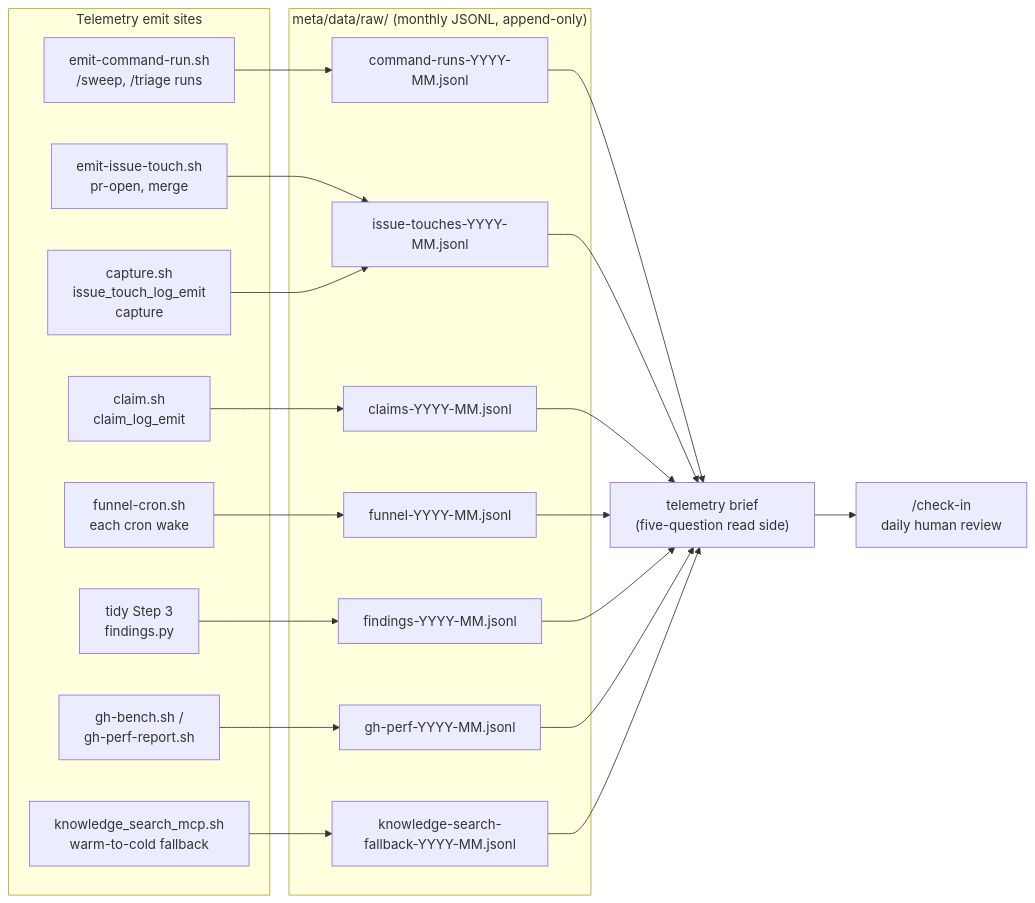
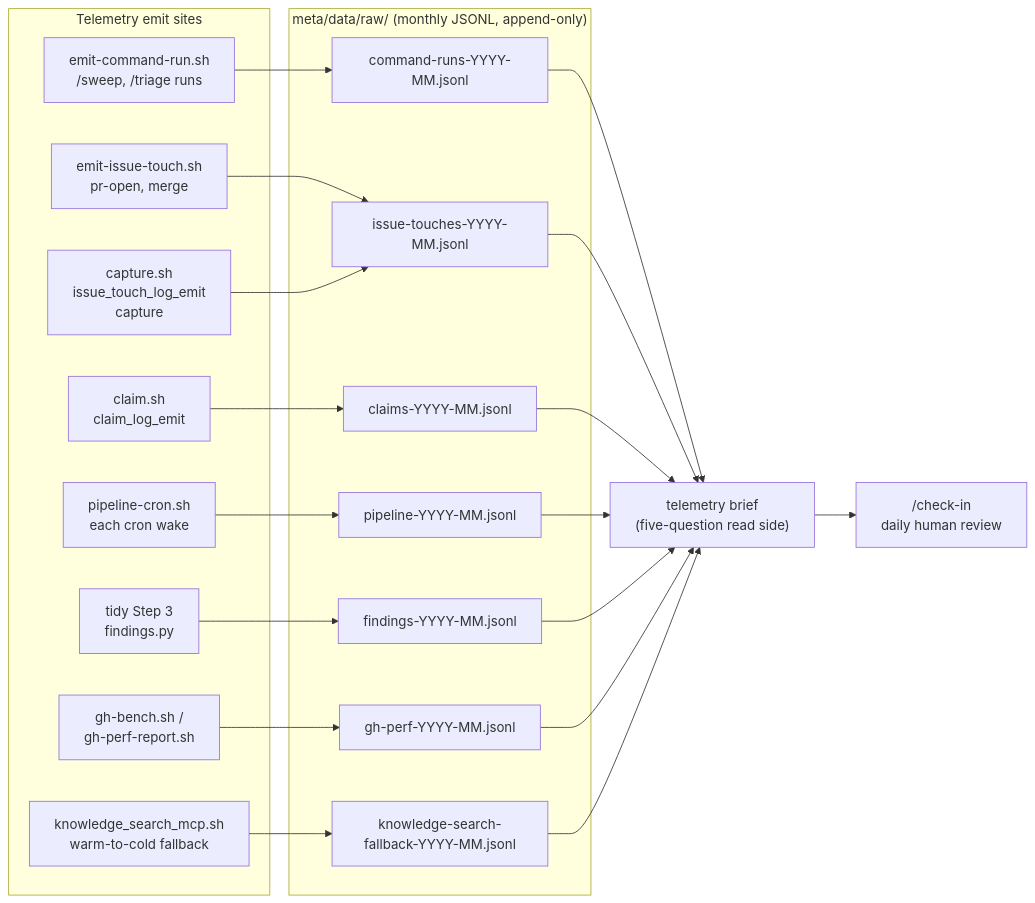
Before and after one commit to Towheads/temperloop: the third of 3 diagrams in docs/architecture.md, drawn with Mermaid. The commit also changed other lines of this file and 208 other files, not shown here.

````diff
--- a/docs/architecture.md
+++ b/docs/architecture.md
@@ -201,42 +201,42 @@
 ```mermaid
 flowchart LR
     subgraph Sites["Telemetry emit sites"]
         CmdRun["emit-command-run.sh<br/>/sweep, /triage runs"]
         IssueTouch["emit-issue-touch.sh<br/>pr-open, merge"]
         Capture["capture.sh<br/>issue_touch_log_emit<br/>capture"]
         Claim["claim.sh<br/>claim_log_emit"]
-        FunnelCron["funnel-cron.sh<br/>each cron wake"]
+        PipelineCron["pipeline-cron.sh<br/>each cron wake"]
         Findings["tidy Step 3<br/>findings.py"]
         GhPerf["gh-bench.sh /<br/>gh-perf-report.sh"]
         KsFallback["knowledge_search_mcp.sh<br/>warm-to-cold fallback"]
     end
 
     subgraph Lake["meta/data/raw/ (monthly JSONL, append-only)"]
         CmdStream["command-runs-YYYY-MM.jsonl"]
         TouchStream["issue-touches-YYYY-MM.jsonl"]
         ClaimStream["claims-YYYY-MM.jsonl"]
-        FunnelStream["funnel-YYYY-MM.jsonl"]
+        PipelineStream["pipeline-YYYY-MM.jsonl"]
         FindingsStream["findings-YYYY-MM.jsonl"]
         GhPerfStream["gh-perf-YYYY-MM.jsonl"]
         KsStream["knowledge-search-fallback-YYYY-MM.jsonl"]
     end
 
     CmdRun --> CmdStream
     IssueTouch --> TouchStream
     Capture --> TouchStream
     Claim --> ClaimStream
-    FunnelCron --> FunnelStream
+    PipelineCron --> PipelineStream
     Findings --> FindingsStream
     GhPerf --> GhPerfStream
     KsFallback --> KsStream
 
     CmdStream --> Telemetry["telemetry brief<br/>(five-question read side)"]
     TouchStream --> Telemetry
     ClaimStream --> Telemetry
-    FunnelStream --> Telemetry
+    PipelineStream --> Telemetry
     FindingsStream --> Telemetry
     GhPerfStream --> Telemetry
     KsStream --> Telemetry
 
     Telemetry --> CheckIn["/check-in<br/>daily human review"]
 ```
````
